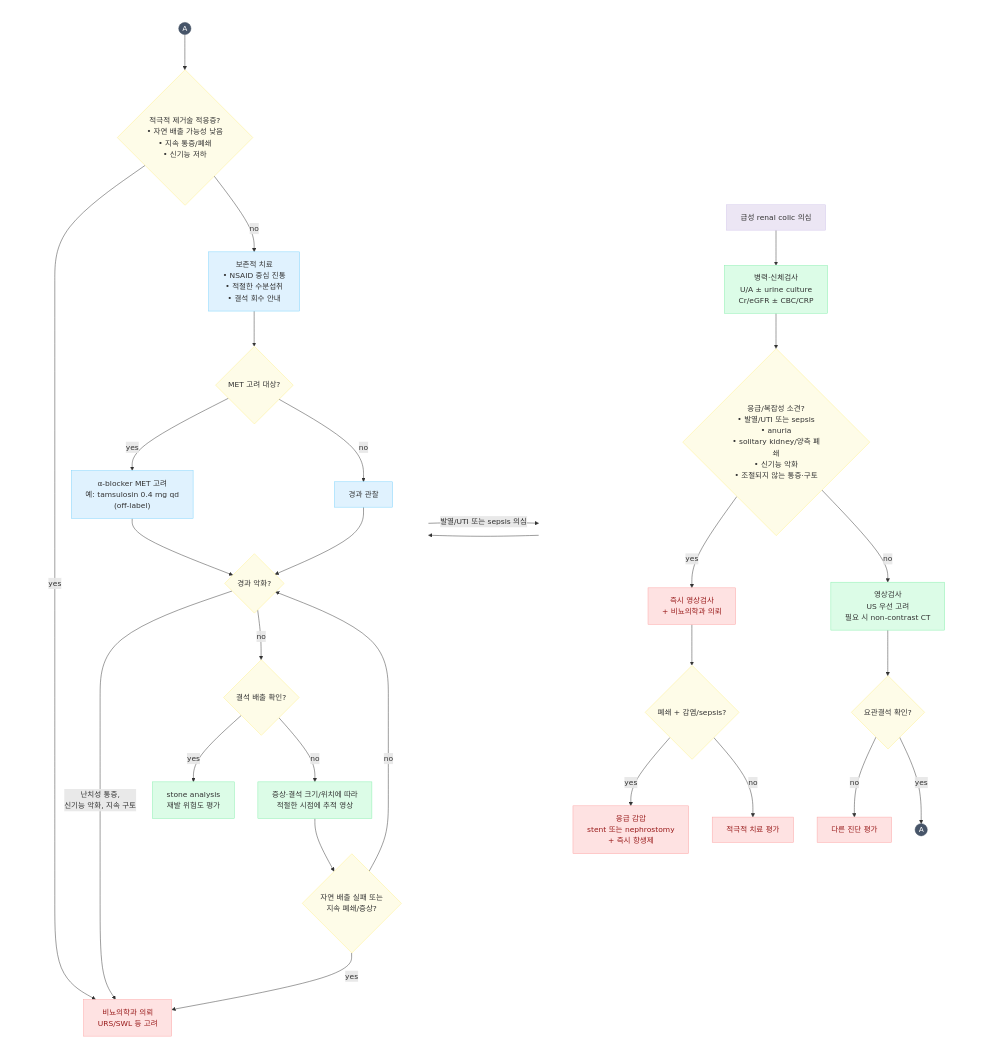
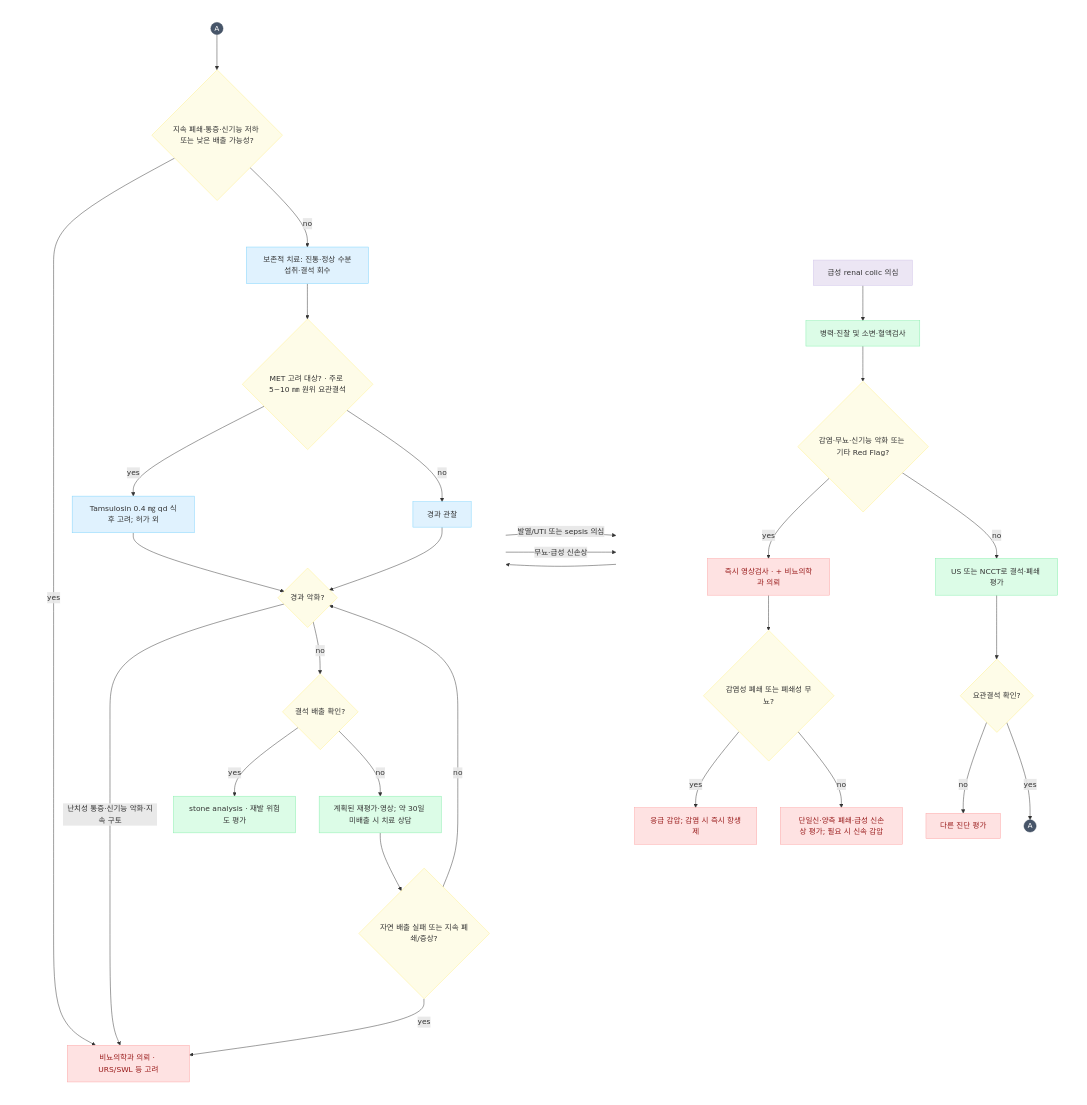
The diagram in 227_/133_-urolithiasis.md (familyoh77/familyoh77), drawn with Mermaid before and after one commit. The commit also changed other lines of this file and 3 other files, not shown here.

````diff
--- a/227_/133_-urolithiasis.md
+++ b/227_/133_-urolithiasis.md
@@ -157,68 +162,69 @@
 ```mermaid
 flowchart LR
     subgraph Col1 [" "]
-        direction TD
+        direction TB
 
-        NodeA["급성 renal colic 의심"] --> NodeB["병력·신체검사<br>U/A ± urine culture<br>Cr/eGFR ± CBC/CRP"]
+        NodeA["급성 renal colic 의심"] --> NodeB["병력·진찰 및 소변·혈액검사"]
 
-        NodeB --> NodeC{"응급/복잡성 소견?<br>• 발열/UTI 또는 sepsis<br>• anuria<br>• solitary kidney/양측 폐쇄<br>• 신기능 악화<br>• 조절되지 않는 통증·구토"}
+        NodeB --> NodeC{"감염·무뇨·신기능 악화 또는 기타 Red Flag?"}
 
-        NodeC -- yes --> NodeD["즉시 영상검사<br>+ 비뇨의학과 의뢰"]
+        NodeC -- yes --> NodeD["즉시 영상검사 · + 비뇨의학과 의뢰"]
 
-        NodeD --> NodeE{"폐쇄 + 감염/sepsis?"}
-        NodeE -- yes --> NodeF["응급 감압<br>stent 또는 nephrostomy<br>+ 즉시 항생제"]
-        NodeE -- no --> NodeG["적극적 치료 평가"]
+        NodeD --> NodeE{"감염성 폐쇄 또는 폐쇄성 무뇨?"}
+        NodeE -- yes --> NodeF["응급 감압; 감염 시 즉시 항생제"]
+        NodeE -- no --> NodeG["단일신·양측 폐쇄·급성 신손상 평가; 필요 시 신속 감압"]
 
-        NodeC -- no --> NodeH["영상검사<br>US 우선 고려<br>필요 시 non-contrast CT"]
+        NodeC -- no --> NodeH["US 또는 NCCT로 결석·폐쇄 평가"]
 
         NodeH --> NodeI{"요관결석 확인?"}
         NodeI -- no --> NodeJ["다른 진단 평가"]
         NodeI -- yes --> NodeK(("A"))
     end
 
     subgraph Col2 [" "]
-        direction TD
+        direction TB
 
-        NodeK2(("A")) --> NodeL{"적극적 제거술 적응증?<br>• 자연 배출 가능성 낮음<br>• 지속 통증/폐쇄<br>• 신기능 저하"}
+        NodeK2(("A")) --> NodeL{"지속 폐쇄·통증·신기능 저하 또는 낮은 배출 가능성?"}
 
-        NodeL -- yes --> NodeM["비뇨의학과 의뢰<br>URS/SWL 등 고려"]
-        NodeL -- no --> NodeN["보존적 치료<br>• NSAID 중심 진통<br>• 적절한 수분섭취<br>• 결석 회수 안내"]
+        NodeL -- yes --> NodeM["비뇨의학과 의뢰 · URS/SWL 등 고려"]
+        NodeL -- no --> NodeN["보존적 치료: 진통·정상 수분섭취·결석 회수"]
 
-        NodeN --> NodeO{"MET 고려 대상?"}
-        NodeO -- yes --> NodeP["α-blocker MET 고려<br>예: tamsulosin 0.4 mg qd<br>(off-label)"]
+        NodeN --> NodeO{"MET 고려 대상? · 주로 5~10 ㎜ 원위 요관결석"}
+        NodeO -- yes --> NodeP["Tamsulosin 0.4 ㎎ qd 식후 고려; 허가 외"]
         NodeO -- no --> NodeQ["경과 관찰"]
 
         NodeP --> NodeR{"경과 악화?"}
         NodeQ --> NodeR
 
         NodeR -- "발열/UTI 또는 sepsis 의심" --> NodeD
-        NodeR -- "난치성 통증,<br>신기능 악화, 지속 구토" --> NodeM
+        NodeR -- "무뇨·급성 신손상" --> NodeD
+        NodeR -- "난치성 통증·신기능 악화·지속 구토" --> NodeM
         NodeR -- no --> NodeS{"결석 배출 확인?"}
 
-        NodeS -- yes --> NodeT["stone analysis<br>재발 위험도 평가"]
-        NodeS -- no --> NodeU["증상·결석 크기/위치에 따라<br>적절한 시점에 추적 영상"]
+        NodeS -- yes --> NodeT["stone analysis · 재발 위험도 평가"]
+        NodeS -- no --> NodeU["계획된 재평가·영상; 약 30일 미배출 시 치료 상담"]
 
-        NodeU --> NodeV{"자연 배출 실패 또는<br>지속 폐쇄/증상?"}
+        NodeU --> NodeV{"자연 배출 실패 또는 지속 폐쇄/증상?"}
         NodeV -- yes --> NodeM
         NodeV -- no --> NodeR
     end
 
     NodeK --> NodeK2
 
     style Col1 fill:none,stroke:none
     style Col2 fill:none,stroke:none
 
     classDef startNode fill:#ECE6F4,stroke:#D1C4E9,stroke-width:1px;
     classDef decision fill:#FEFCE8,stroke:#FEF08A,stroke-width:1px;
     classDef alert fill:#FEE2E2,stroke:#FCA5A5,stroke-width:1px,color:#991B1B;
     classDef greenBox fill:#DCFCE7,stroke:#86EFAC,stroke-width:1px;
     classDef blueBox fill:#E0F2FE,stroke:#7DD3FC,stroke-width:1px;
     classDef conn fill:#475569,stroke:#334155,stroke-width:1px,color:#FFFFFF;
 
     class NodeA startNode;
     class NodeC,NodeE,NodeI,NodeL,NodeO,NodeR,NodeS,NodeV decision;
     class NodeD,NodeF,NodeG,NodeJ,NodeM alert;
     class NodeB,NodeH,NodeT,NodeU greenBox;
     class NodeN,NodeP,NodeQ blueBox;
     class NodeK,NodeK2 conn;
 ```
````
